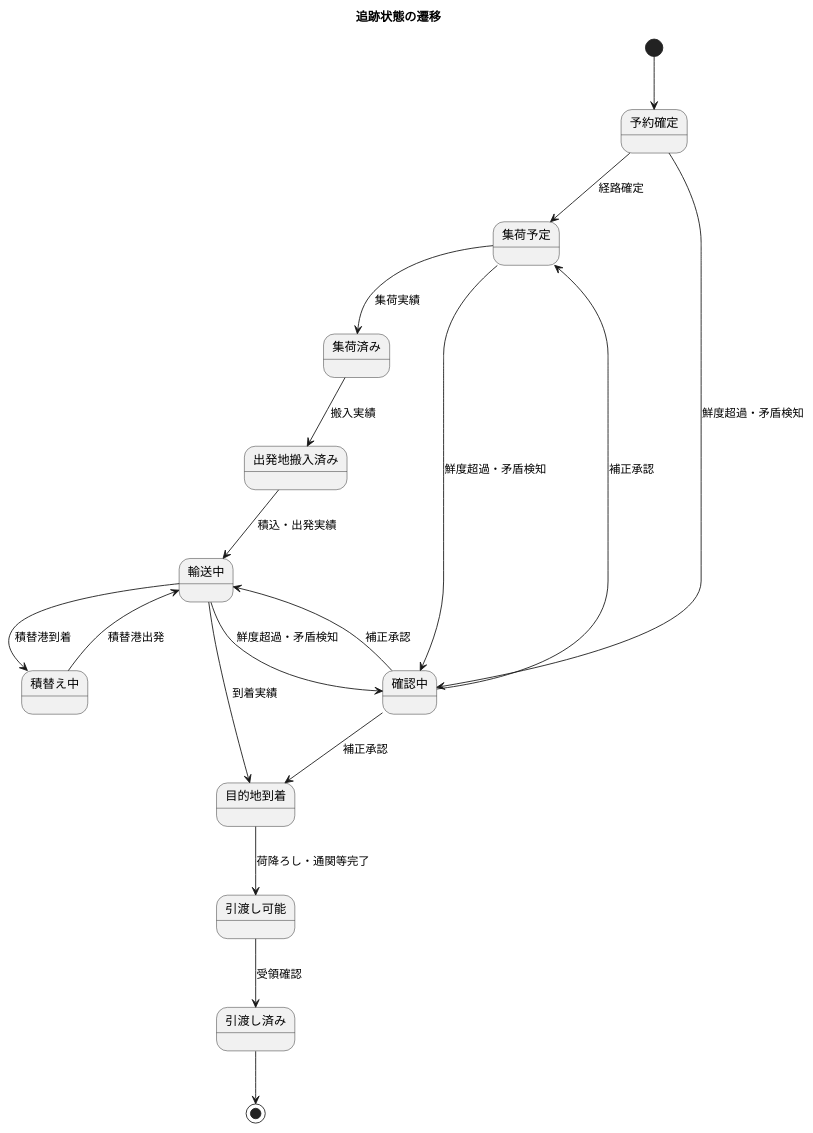
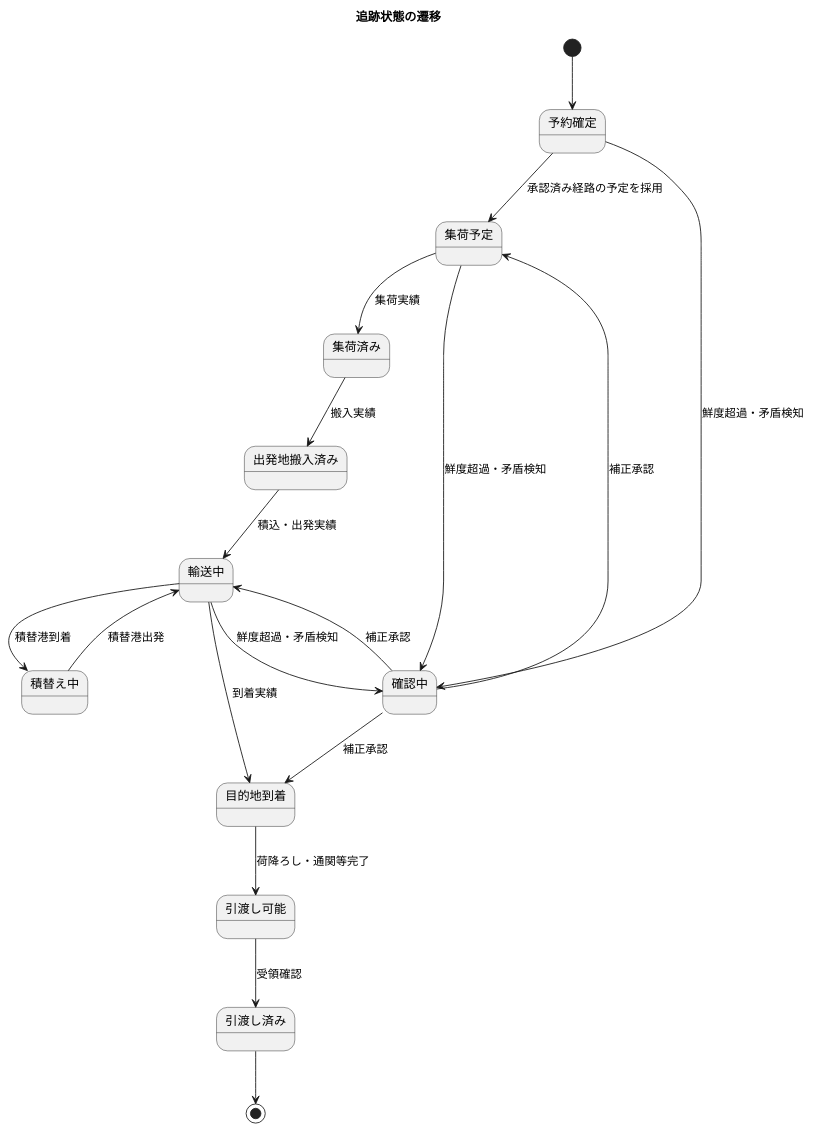
One commit to k2works/practical-domain-driven-design-in-enterpris-application changed diagram 11 of 12 in docs/requirements/cargo-tracker/requirements_definition.md. Above: the diagram before and after it, drawn with PlantUML. The commit also changed other lines of this file and 10 other files, not shown here.

````diff
--- a/docs/requirements/cargo-tracker/requirements_definition.md
+++ b/docs/requirements/cargo-tracker/requirements_definition.md
@@ -650,24 +663,24 @@
 ```plantuml
 @startuml
 title 追跡状態の遷移
 [*] --> 予約確定
-予約確定 --> 集荷予定 : 経路確定
+予約確定 --> 集荷予定 : 承認済み経路の予定を採用
 集荷予定 --> 集荷済み : 集荷実績
 集荷済み --> 出発地搬入済み : 搬入実績
 出発地搬入済み --> 輸送中 : 積込・出発実績
 輸送中 --> 積替え中 : 積替港到着
 積替え中 --> 輸送中 : 積替港出発
 輸送中 --> 目的地到着 : 到着実績
 目的地到着 --> 引渡し可能 : 荷降ろし・通関等完了
 引渡し可能 --> 引渡し済み : 受領確認
 
 state 確認中
 予約確定 --> 確認中 : 鮮度超過・矛盾検知
 集荷予定 --> 確認中 : 鮮度超過・矛盾検知
 輸送中 --> 確認中 : 鮮度超過・矛盾検知
 確認中 --> 集荷予定 : 補正承認
 確認中 --> 輸送中 : 補正承認
 確認中 --> 目的地到着 : 補正承認
 引渡し済み --> [*]
 @enduml
 ```
````
